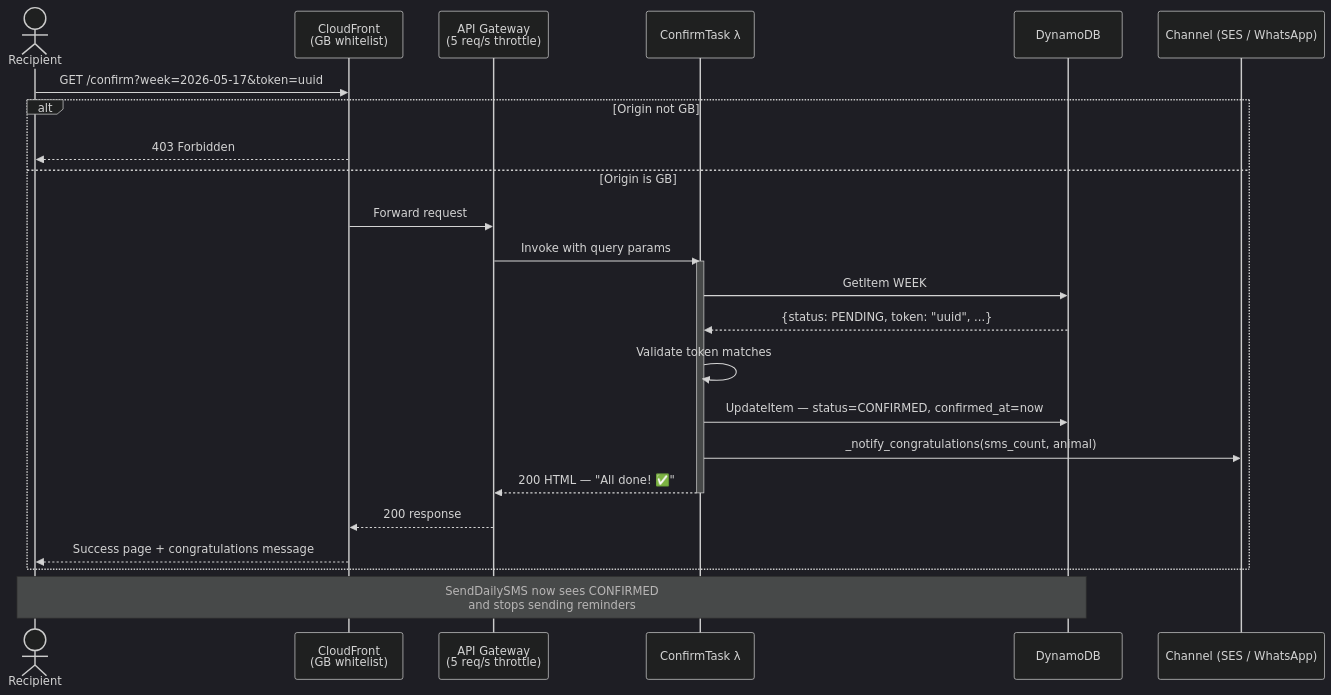
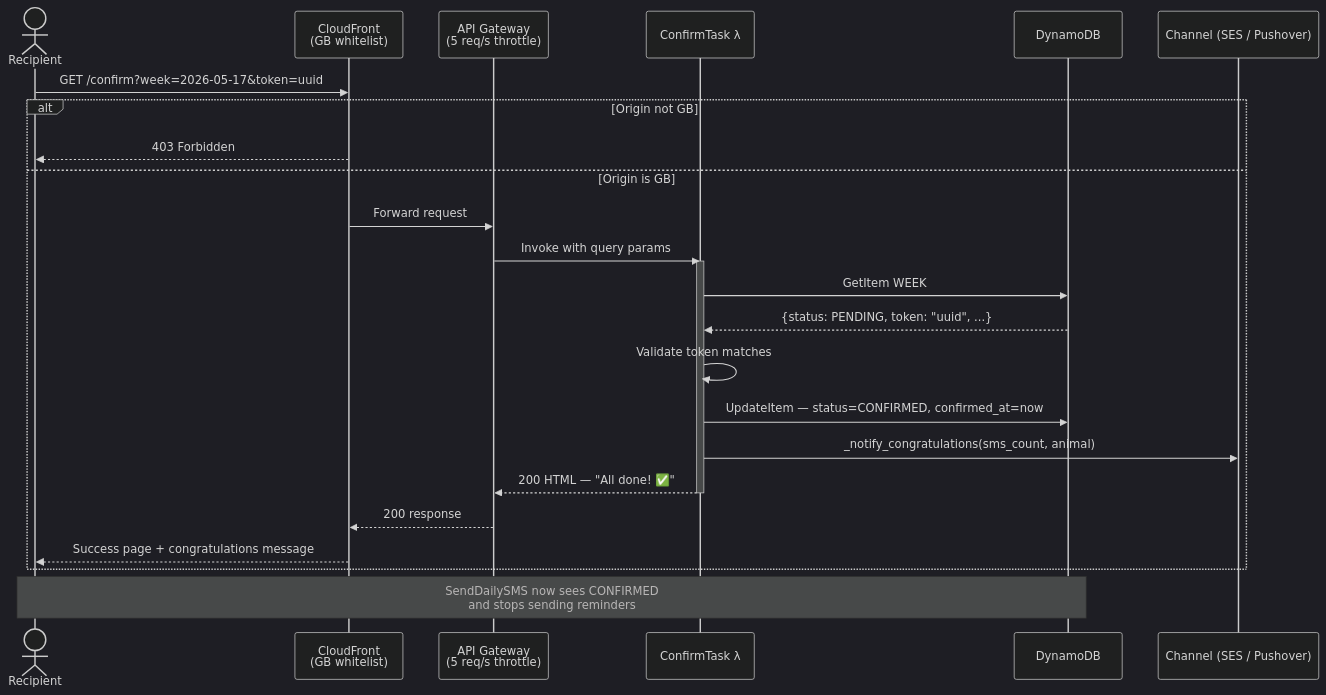
One commit to baldrickuk/washingmachine-notifications changed the fifth of 12 diagrams in docs/architecture.md. Above: the diagram before and after it, drawn with Mermaid. The commit also changed other lines of this file and 13 other files, not shown here.

First line of the commit message:
feat: replace Twilio/WhatsApp with Pushover notifications (#4)

````diff
--- a/docs/architecture.md
+++ b/docs/architecture.md
@@ -242,34 +241,34 @@
 ```mermaid
 %%{init: {'theme': 'dark', 'themeVariables': {'primaryColor': '#1e3a5f', 'primaryTextColor': '#c9d1d9', 'primaryBorderColor': '#4a7ab5', 'lineColor': '#58a6ff', 'edgeLabelBackground': '#0d1117'}}}%%
 
 sequenceDiagram
     actor W  as Recipient
     participant CF as CloudFront<br/>(GB whitelist)
     participant GW as API Gateway<br/>(5 req/s throttle)
     participant L  as ConfirmTask λ
     participant DB as DynamoDB
-    participant CH as Channel (SES / WhatsApp)
+    participant CH as Channel (SES / Pushover)
 
     W->>CF: GET /confirm?week=2026-05-17&token=uuid
     alt Origin not GB
         CF-->>W: 403 Forbidden
     else Origin is GB
         CF->>GW: Forward request
         GW->>L: Invoke with query params
         activate L
 
         L->>DB: GetItem WEEK#2026-05-17
         DB-->>L: {status: PENDING, token: "uuid", ...}
 
         L->>L: Validate token matches
         L->>DB: UpdateItem — status=CONFIRMED, confirmed_at=now
         L->>CH: _notify_congratulations(sms_count, animal)
 
         L-->>GW: 200 HTML — "All done! ✅"
         deactivate L
         GW-->>CF: 200 response
         CF-->>W: Success page + congratulations message
     end
 
     Note over W,DB: SendDailySMS now sees CONFIRMED<br/>and stops sending reminders
 ```
````
